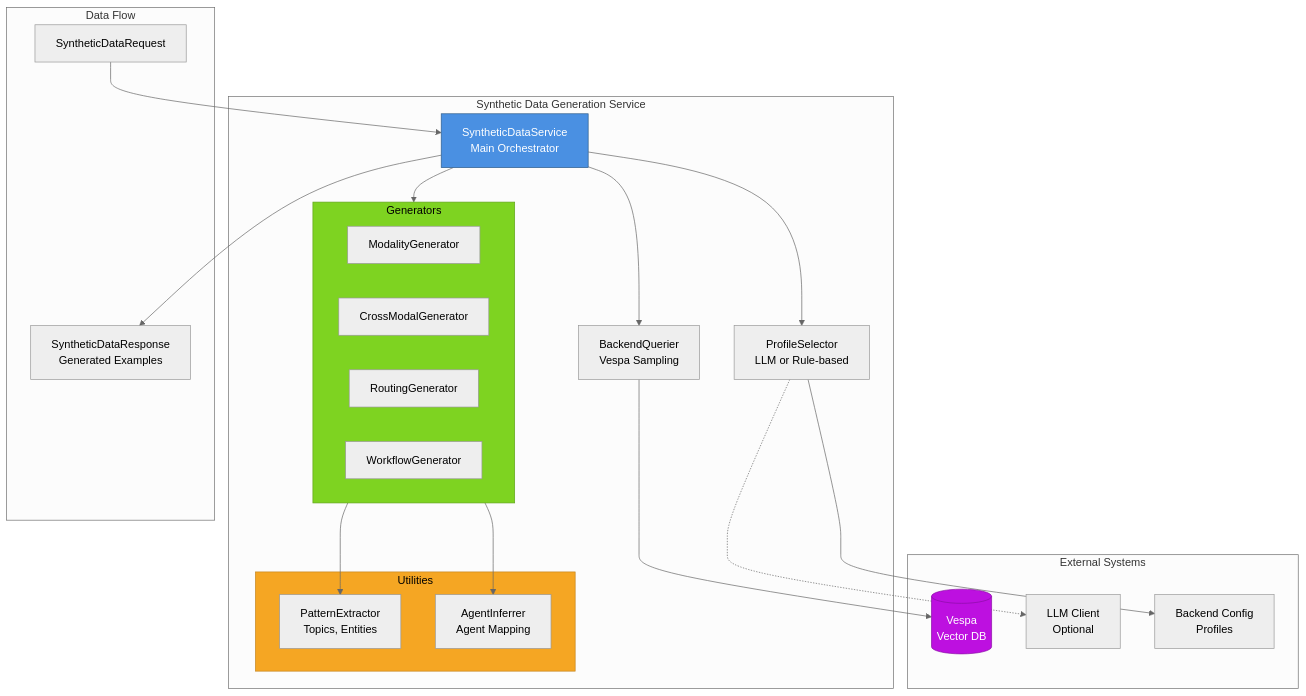
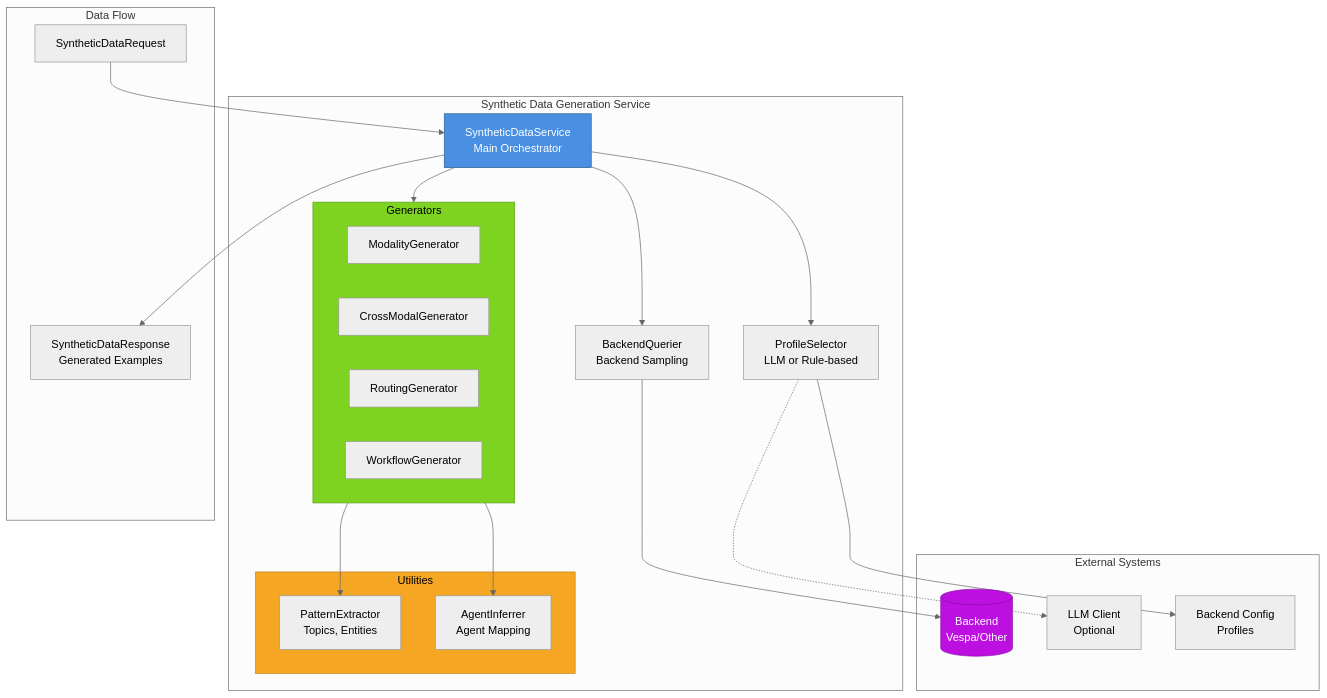
One commit to amit-jain/cogniverse changed the first of 2 diagrams in docs/synthetic-data-generation.md. Above: the diagram before and after it, drawn with Mermaid (neutral theme). The commit also changed other lines of this file and 18 other files, not shown here.

````diff
--- a/docs/synthetic-data-generation.md
+++ b/docs/synthetic-data-generation.md
@@ -23,48 +23,48 @@
 ```mermaid
 graph TB
     subgraph "Synthetic Data Generation Service"
         Service[SyntheticDataService<br/>Main Orchestrator]
 
         Service --> ProfileSelector
         Service --> BackendQuerier
         Service --> Generators
 
         ProfileSelector[ProfileSelector<br/>LLM or Rule-based]
-        BackendQuerier[BackendQuerier<br/>Vespa Sampling]
+        BackendQuerier[BackendQuerier<br/>Backend Sampling]
 
         subgraph "Generators"
             ModalityGen[ModalityGenerator]
             CrossModalGen[CrossModalGenerator]
             RoutingGen[RoutingGenerator]
             WorkflowGen[WorkflowGenerator]
         end
 
         subgraph "Utilities"
             PatternExtractor[PatternExtractor<br/>Topics, Entities]
             AgentInferrer[AgentInferrer<br/>Agent Mapping]
         end
 
         Generators --> PatternExtractor
         Generators --> AgentInferrer
     end
 
     subgraph "External Systems"
-        Vespa[(Vespa<br/>Vector DB)]
+        Backend[(Backend<br/>Vespa/Other)]
         LLM[LLM Client<br/>Optional]
         BackendConfig[Backend Config<br/>Profiles]
     end
 
     ProfileSelector -.-> LLM
     ProfileSelector --> BackendConfig
-    BackendQuerier --> Vespa
+    BackendQuerier --> Backend
 
     subgraph "Data Flow"
         Request[SyntheticDataRequest] --> Service
         Service --> Response[SyntheticDataResponse<br/>Generated Examples]
     end
 
     style Service fill:#4A90E2,stroke:#2E5C8A,color:#fff
     style Generators fill:#7ED321,stroke:#5FA319,color:#000
     style Utilities fill:#F5A623,stroke:#C4841D,color:#000
-    style Vespa fill:#BD10E0,stroke:#8B0CA6,color:#fff
+    style Backend fill:#BD10E0,stroke:#8B0CA6,color:#fff
 ```
````
